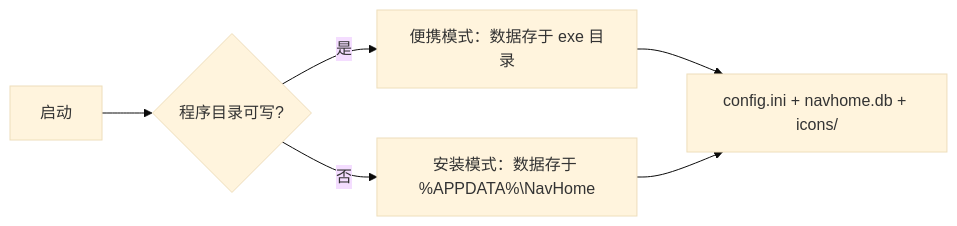
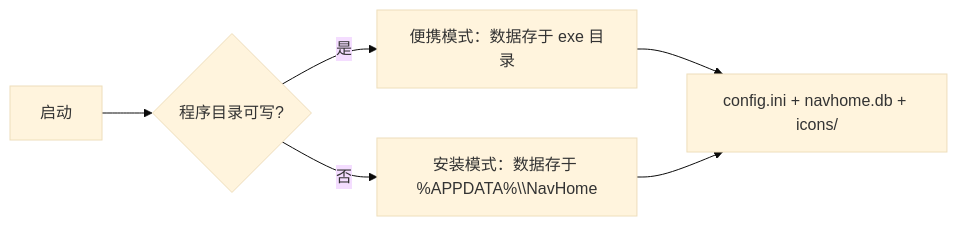
Before and after one commit to ctfwubai/NavHome: the second of 2 diagrams in docs/architecture.md, drawn with Mermaid (base theme). The commit also changed 2 other files, not shown here.

Commit message:
docs: 修复 Mermaid 流程图语法错误，GitHub 可正常渲染
- architecture.md 数据目录图：路径反斜杠转义，解决「Syntax error in text」
- business-flow.md 启动/收藏流程：End 为保留字，节点改名 Done
- CHANGELOG 记录文档修复

````diff
--- a/docs/architecture.md
+++ b/docs/architecture.md
@@ -97,8 +97,8 @@
 ```mermaid
 flowchart LR
     A[启动] --> B{程序目录可写?}
     B -->|是| C[便携模式：数据存于 exe 目录]
-    B -->|否| D[安装模式：数据存于 %APPDATA%\NavHome]
+    B -->|否| D["安装模式：数据存于 %APPDATA%\\NavHome"]
     C --> E[config.ini + navhome.db + icons/]
     D --> E
 ```
````
